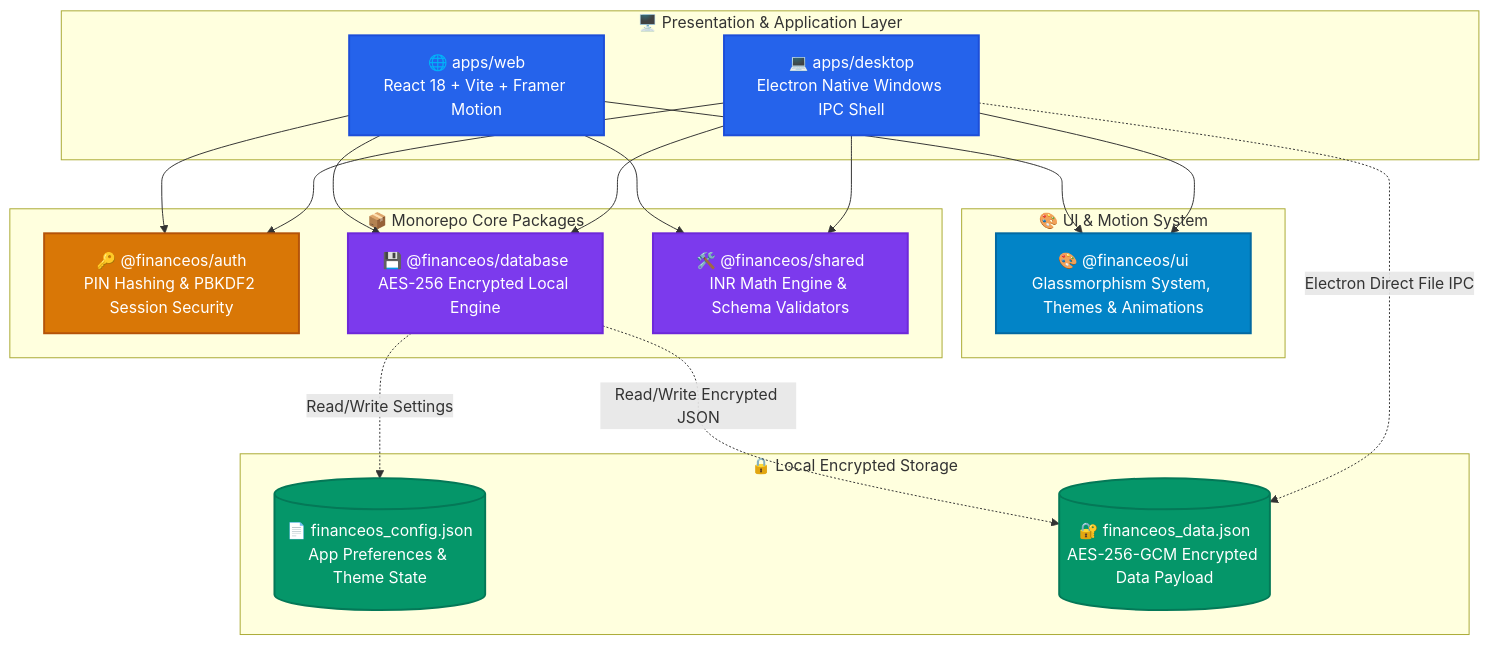
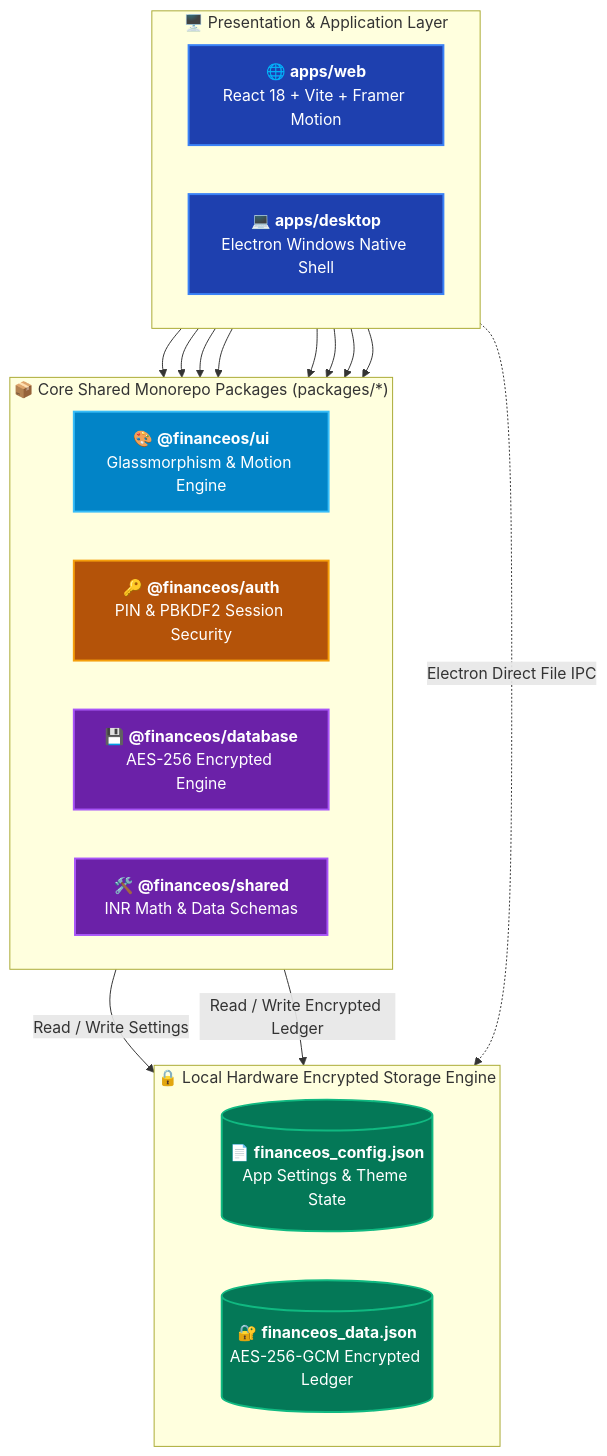
One commit to AnuroopSrivastava/MyFinanceOS changed the first of 3 diagrams in README.md. Above: the diagram before and after it, drawn with Mermaid. The commit also changed other lines of this file, not shown here.

Commit message:
docs: redesign Mermaid architecture, motion pipeline, and security diagrams

````diff
--- a/README.md
+++ b/README.md
@@ -78,45 +78,44 @@
 ```mermaid
-graph TD
-    %% Custom Styling
-    classDef client fill:#2563eb,stroke:#1d4ed8,stroke-width:2px,color:#fff;
-    classDef core fill:#7c3aed,stroke:#6d28d9,stroke-width:2px,color:#fff;
-    classDef storage fill:#059669,stroke:#047857,stroke-width:2px,color:#fff;
-    classDef crypto fill:#d97706,stroke:#b45309,stroke-width:2px,color:#fff;
-    classDef ui fill:#0284c7,stroke:#0369a1,stroke-width:2px,color:#fff;
+flowchart TD
+    classDef client fill:#1e40af,stroke:#3b82f6,stroke-width:2px,color:#fff;
+    classDef uiSys fill:#0284c7,stroke:#38bdf8,stroke-width:2px,color:#fff;
+    classDef corePkg fill:#6b21a8,stroke:#a855f7,stroke-width:2px,color:#fff;
+    classDef authPkg fill:#b45309,stroke:#f59e0b,stroke-width:2px,color:#fff;
+    classDef diskStore fill:#047857,stroke:#10b981,stroke-width:2px,color:#fff;
 
-    subgraph ClientLayer["🖥️ Presentation & Application Layer"]
-        Web["🌐 apps/web<br/>React 18 + Vite + Framer Motion"]:::client
-        Desktop["💻 apps/desktop<br/>Electron Native Windows IPC Shell"]:::client
+    subgraph AppLayer["🖥️ Presentation & Application Layer"]
+        direction LR
+        Web["🌐 <b>apps/web</b><br/>React 18 + Vite + Framer Motion"]:::client
+        Desktop["💻 <b>apps/desktop</b><br/>Electron Windows Native Shell"]:::client
     end
 
-    subgraph MotionLayer["🎨 UI & Motion System"]
-        UI["🎨 @financeos/ui<br/>Glassmorphism System, Themes & Animations"]:::ui
+    subgraph PackageLayer["📦 Core Shared Monorepo Packages (packages/*)"]
+        direction LR
+        UI["🎨 <b>@financeos/ui</b><br/>Glassmorphism & Motion Engine"]:::uiSys
+        Auth["🔑 <b>@financeos/auth</b><br/>PIN & PBKDF2 Session Security"]:::authPkg
+        DB["💾 <b>@financeos/database</b><br/>AES-256 Encrypted Engine"]:::corePkg
+        Shared["🛠️ <b>@financeos/shared</b><br/>INR Math & Data Schemas"]:::corePkg
     end
 
-    subgraph PackageLayer["📦 Monorepo Core Packages"]
-        Auth["🔑 @financeos/auth<br/>PIN Hashing & PBKDF2 Session Security"]:::crypto
-        DB["💾 @financeos/database<br/>AES-256 Encrypted Local Engine"]:::core
-        Shared["🛠️ @financeos/shared<br/>INR Math Engine & Schema Validators"]:::core
+    subgraph StorageLayer["🔒 Local Hardware Encrypted Storage Engine"]
+        direction LR
+        ConfigFile[("📄 <b>financeos_config.json</b><br/>App Settings & Theme State")]:::diskStore
+        DataFile[("🔐 <b>financeos_data.json</b><br/>AES-256-GCM Encrypted Ledger")]:::diskStore
     end
 
-    subgraph StorageLayer["🔒 Local Encrypted Storage"]
-        ConfigFile[("📄 financeos_config.json<br/>App Preferences & Theme State")]:::storage
-        DataFile[("🔐 financeos_data.json<br/>AES-256-GCM Encrypted Data Payload")]:::storage
-    end
-
-    %% Component Connections
+    %% Client Layer to Packages
     Web --> UI
     Web --> Auth
     Web --> DB
     Web --> Shared
 
     Desktop --> UI
     Desktop --> Auth
     Desktop --> DB
     Desktop --> Shared
 
-    %% Persistence Flow
-    DB -.->|Read/Write Encrypted JSON| DataFile
-    DB -.->|Read/Write Settings| ConfigFile
+    %% Package Layer to File Storage
+    DB -->|Read / Write Settings| ConfigFile
+    DB -->|Read / Write Encrypted Ledger| DataFile
     Desktop -.->|Electron Direct File IPC| DataFile
 ```
````
